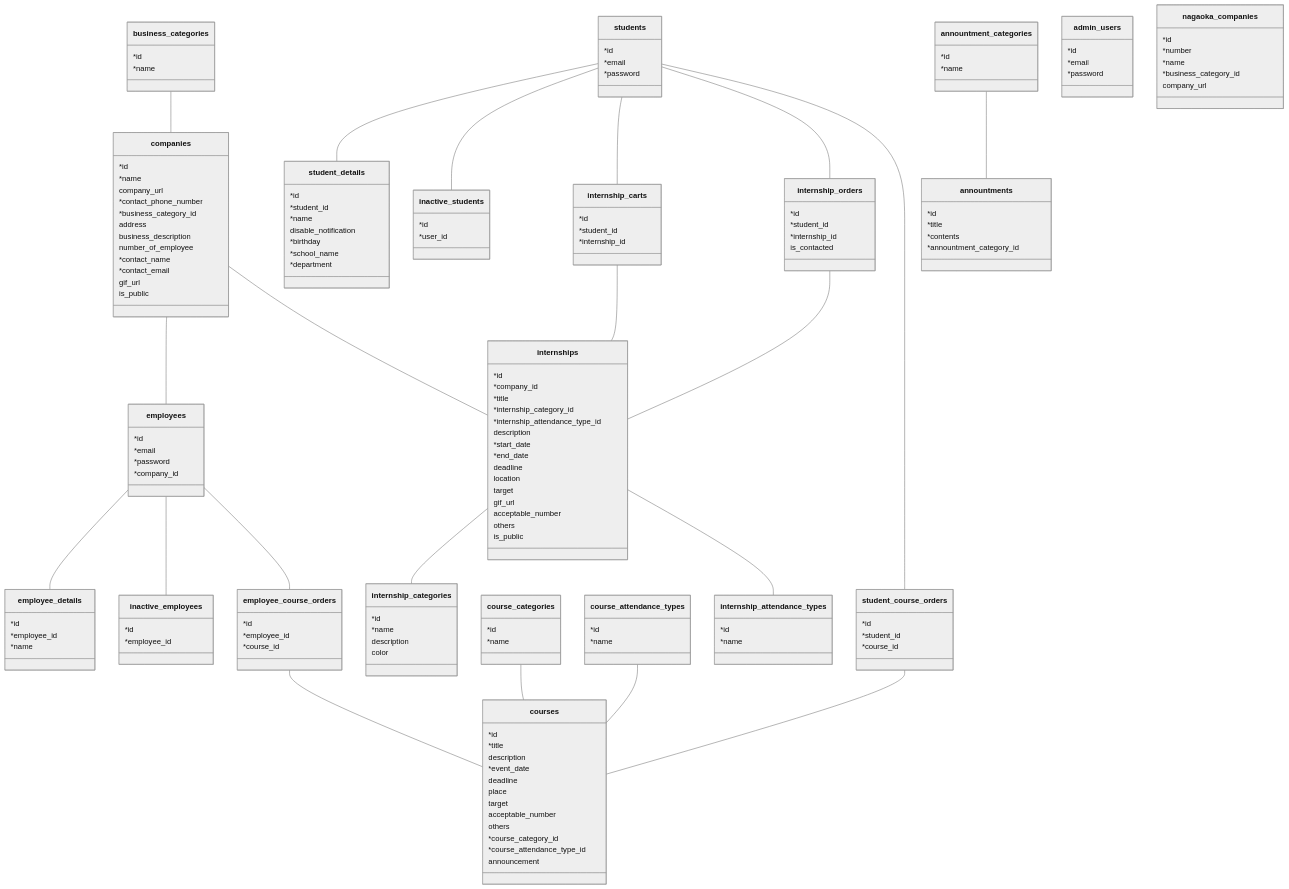
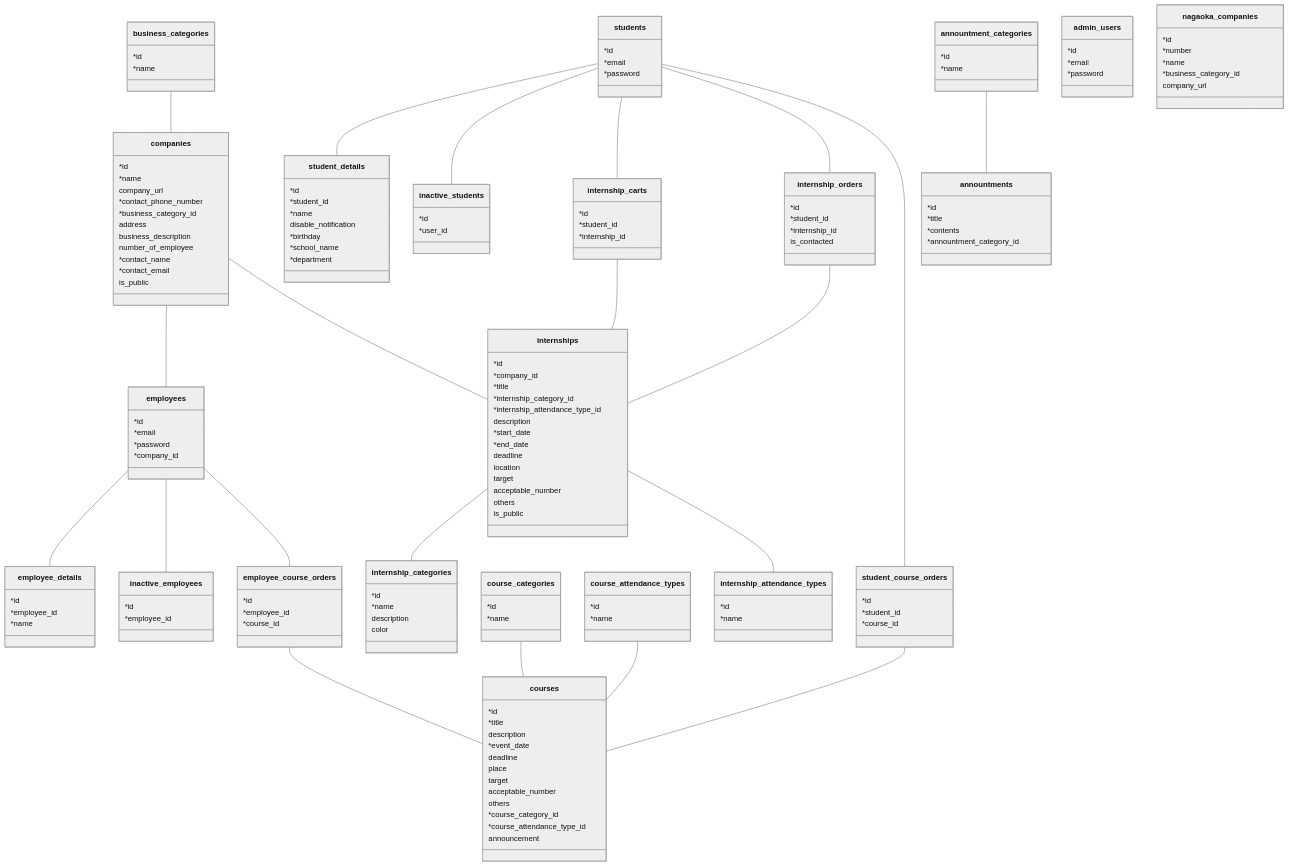
Before and after one commit to youichiro/nagaoka-internship-site: the diagram in docs/schema.md, drawn with Mermaid. The commit also changed 9 other files, not shown here.

```diff
--- a/docs/schema.md
+++ b/docs/schema.md
@@ -83,7 +83,6 @@
     number_of_employee
     *contact_name
     *contact_email
-    gif_url
     is_public
   }
 
@@ -116,7 +115,6 @@
     deadline
     location
     target
-    gif_url
     acceptable_number
     others
     is_public
```
